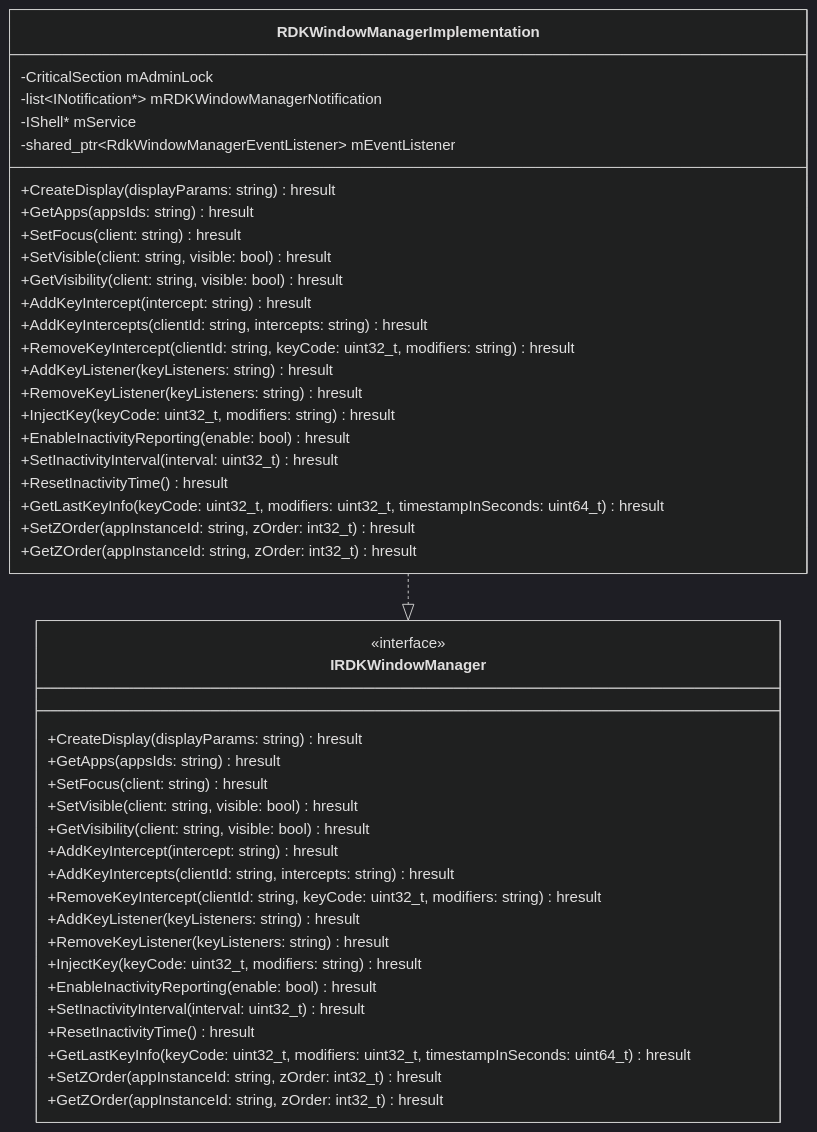
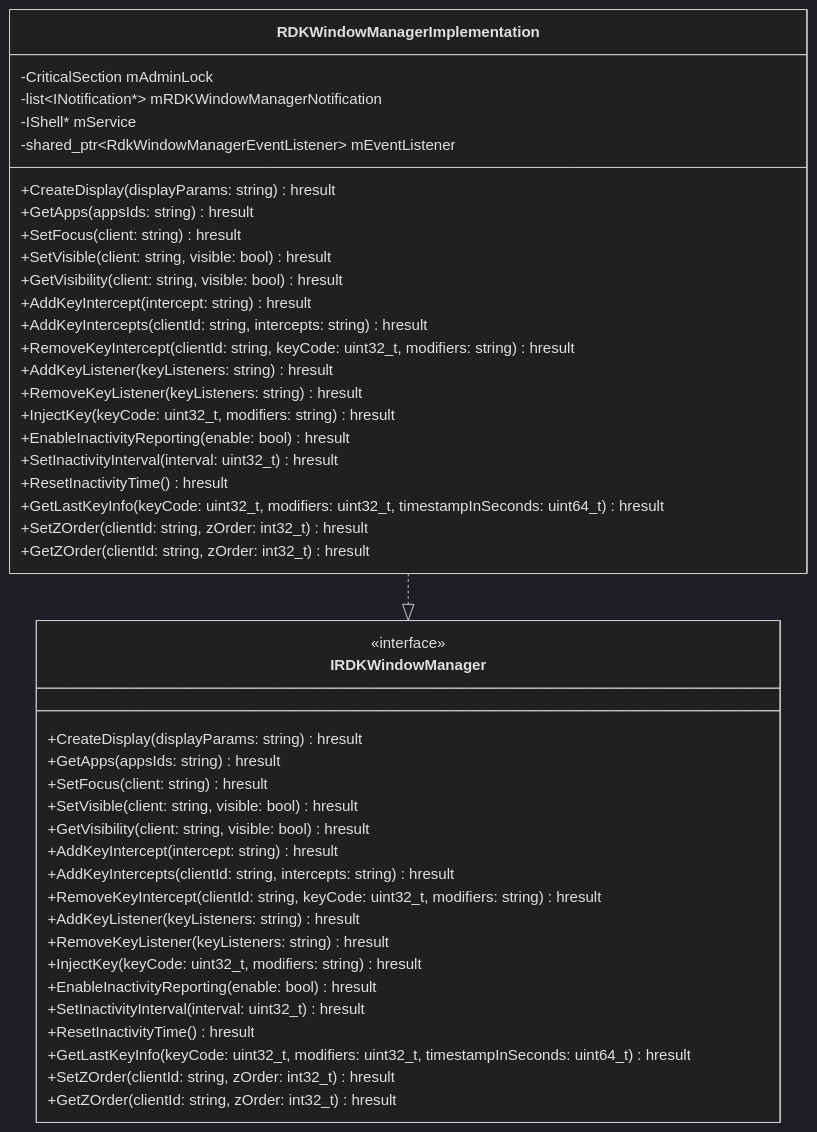
One commit to rdkcentral/entservices-appmanagers changed the second of 4 diagrams in RDKWindowManager/RDKWindowManager.md. Above: the diagram before and after it, drawn with Mermaid (dark theme). The commit also changed other lines of this file and 3 other files, not shown here.

````diff
--- a/RDKWindowManager/RDKWindowManager.md
+++ b/RDKWindowManager/RDKWindowManager.md
@@ -60,49 +60,49 @@
 ```mermaid
 classDiagram
     class RDKWindowManagerImplementation {
         -CriticalSection mAdminLock
         -list~INotification*~ mRDKWindowManagerNotification
         -IShell* mService
         -shared_ptr~RdkWindowManagerEventListener~ mEventListener
         +CreateDisplay(displayParams: string) hresult
         +GetApps(appsIds: string) hresult
         +SetFocus(client: string) hresult
         +SetVisible(client: string, visible: bool) hresult
         +GetVisibility(client: string, visible: bool) hresult
         +AddKeyIntercept(intercept: string) hresult
         +AddKeyIntercepts(clientId: string, intercepts: string) hresult
         +RemoveKeyIntercept(clientId: string, keyCode: uint32_t, modifiers: string) hresult
         +AddKeyListener(keyListeners: string) hresult
         +RemoveKeyListener(keyListeners: string) hresult
         +InjectKey(keyCode: uint32_t, modifiers: string) hresult
         +EnableInactivityReporting(enable: bool) hresult
         +SetInactivityInterval(interval: uint32_t) hresult
         +ResetInactivityTime() hresult
         +GetLastKeyInfo(keyCode: uint32_t, modifiers: uint32_t, timestampInSeconds: uint64_t) hresult
-        +SetZOrder(appInstanceId: string, zOrder: int32_t) hresult
-        +GetZOrder(appInstanceId: string, zOrder: int32_t) hresult
+        +SetZOrder(clientId: string, zOrder: int32_t) hresult
+        +GetZOrder(clientId: string, zOrder: int32_t) hresult
     }
 
     class IRDKWindowManager {
         <<interface>>
         +CreateDisplay(displayParams: string) hresult
         +GetApps(appsIds: string) hresult
         +SetFocus(client: string) hresult
         +SetVisible(client: string, visible: bool) hresult
         +GetVisibility(client: string, visible: bool) hresult
         +AddKeyIntercept(intercept: string) hresult
         +AddKeyIntercepts(clientId: string, intercepts: string) hresult
         +RemoveKeyIntercept(clientId: string, keyCode: uint32_t, modifiers: string) hresult
         +AddKeyListener(keyListeners: string) hresult
         +RemoveKeyListener(keyListeners: string) hresult
         +InjectKey(keyCode: uint32_t, modifiers: string) hresult
         +EnableInactivityReporting(enable: bool) hresult
         +SetInactivityInterval(interval: uint32_t) hresult
         +ResetInactivityTime() hresult
         +GetLastKeyInfo(keyCode: uint32_t, modifiers: uint32_t, timestampInSeconds: uint64_t) hresult
-        +SetZOrder(appInstanceId: string, zOrder: int32_t) hresult
-        +GetZOrder(appInstanceId: string, zOrder: int32_t) hresult
+        +SetZOrder(clientId: string, zOrder: int32_t) hresult
+        +GetZOrder(clientId: string, zOrder: int32_t) hresult
     }
 
     RDKWindowManagerImplementation ..|> IRDKWindowManager
 ```
````
